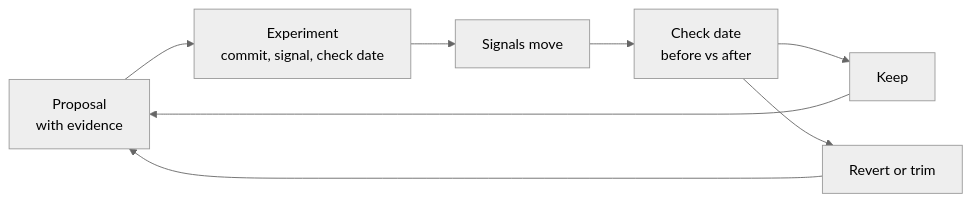
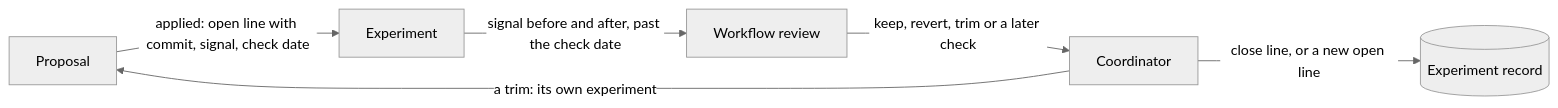
The third of 3 diagrams in docs/loops.md (cniska/agent-skills), drawn with Mermaid (neutral theme) before and after one commit. The commit also changed other lines of this file and 1 other file, not shown here.

Commit message:
docs: chart a task's life in the README

````diff
--- a/docs/loops.md
+++ b/docs/loops.md
@@ -83,10 +73,8 @@
 ```mermaid
 flowchart LR
-  prop["Proposal<br/>with evidence"] --> exp["Experiment<br/>commit, signal, check date"]
-  exp --> move["Signals move"]
-  move --> check["Check date<br/>before vs after"]
-  check --> keep["Keep"]
-  check --> revert["Revert or trim"]
-  keep --> prop
-  revert --> prop
+  prop["Proposal"] -- "applied: open line with commit, signal, check date" --> exp["Experiment"]
+  exp -- "signal before and after, past the check date" --> review["Workflow review"]
+  review -- "keep, revert, trim or a later check" --> lead["Coordinator"]
+  lead -- "close line, or a new open line" --> rec[("Experiment record")]
+  lead -- "a trim: its own experiment" --> prop
 ```
````
